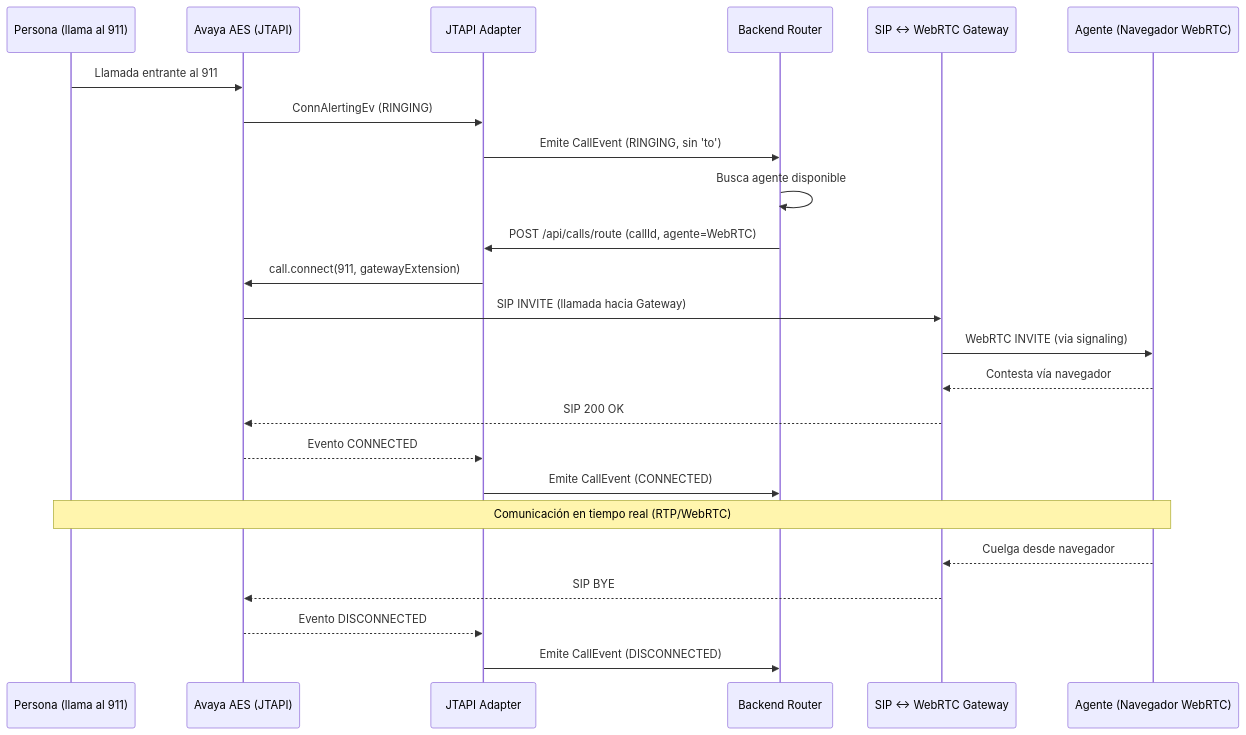
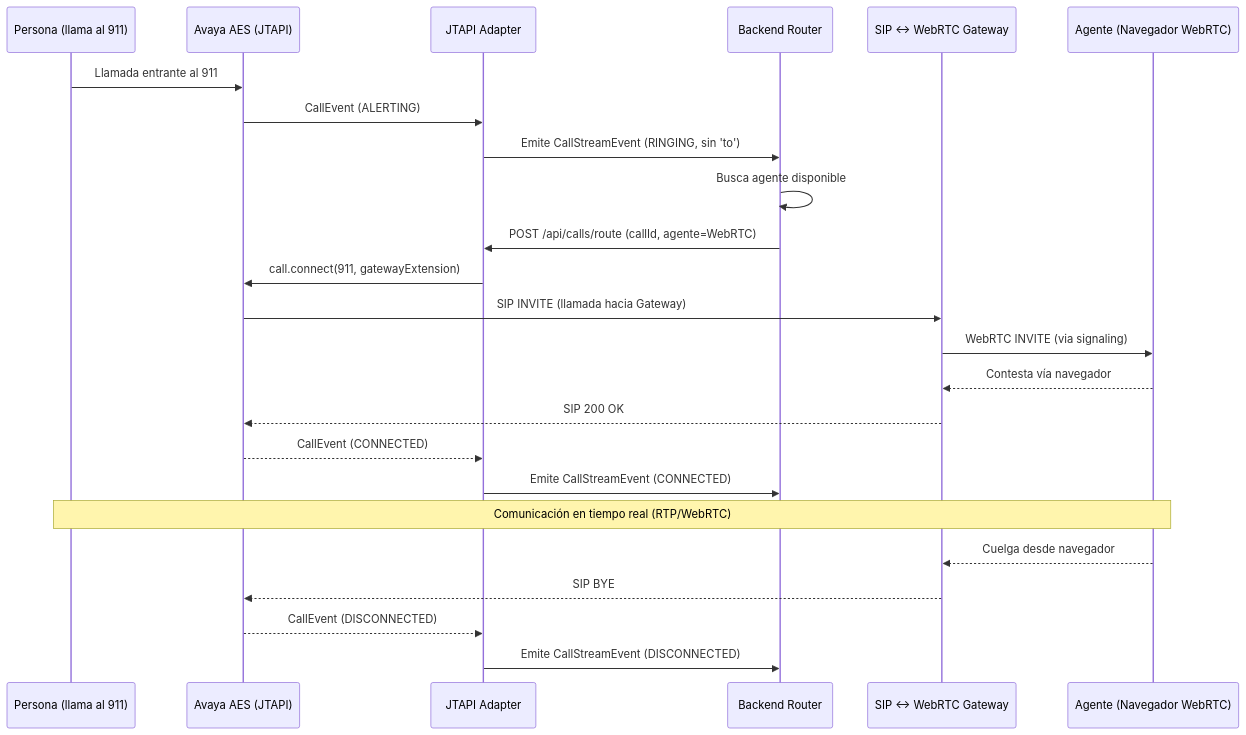
One commit to DSID2025/cad-avaya changed the diagram in README.md. Above: the diagram before and after it, drawn with Mermaid.

Commit message:
fix: Update call event emissions in sequence diagram for accuracy

````diff
--- a/README.md
+++ b/README.md
@@ -18,29 +18,29 @@
 ```mermaid
 
 sequenceDiagram
     participant Persona as Persona (llama al 911)
     participant Avaya as Avaya AES (JTAPI)
     participant Adapter as JTAPI Adapter
     participant Backend as Backend Router
     participant Gateway as SIP ↔ WebRTC Gateway
     participant Agente as Agente (Navegador WebRTC)
 
     Persona->>Avaya: Llamada entrante al 911
-    Avaya->>Adapter: ConnAlertingEv (RINGING)
-    Adapter->>Backend: Emite CallEvent (RINGING, sin 'to')
+    Avaya->>Adapter: CallEvent (ALERTING)
+    Adapter->>Backend: Emite CallStreamEvent (RINGING, sin 'to')
     Backend->>Backend: Busca agente disponible
     Backend->>Adapter: POST /api/calls/route (callId, agente=WebRTC)
     Adapter->>Avaya: call.connect(911, gatewayExtension)
     Avaya->>Gateway: SIP INVITE (llamada hacia Gateway)
     Gateway->>Agente: WebRTC INVITE (via signaling)
     Agente-->>Gateway: Contesta vía navegador
     Gateway-->>Avaya: SIP 200 OK
-    Avaya-->>Adapter: Evento CONNECTED
-    Adapter->>Backend: Emite CallEvent (CONNECTED)
+    Avaya-->>Adapter: CallEvent (CONNECTED)
+    Adapter->>Backend: Emite CallStreamEvent (CONNECTED)
     Note over Persona,Agente: Comunicación en tiempo real (RTP/WebRTC)
     Agente-->>Gateway: Cuelga desde navegador
     Gateway-->>Avaya: SIP BYE
-    Avaya-->>Adapter: Evento DISCONNECTED
-    Adapter->>Backend: Emite CallEvent (DISCONNECTED)
+    Avaya-->>Adapter: CallEvent (DISCONNECTED)
+    Adapter->>Backend: Emite CallStreamEvent (DISCONNECTED)
 
 ```
````
